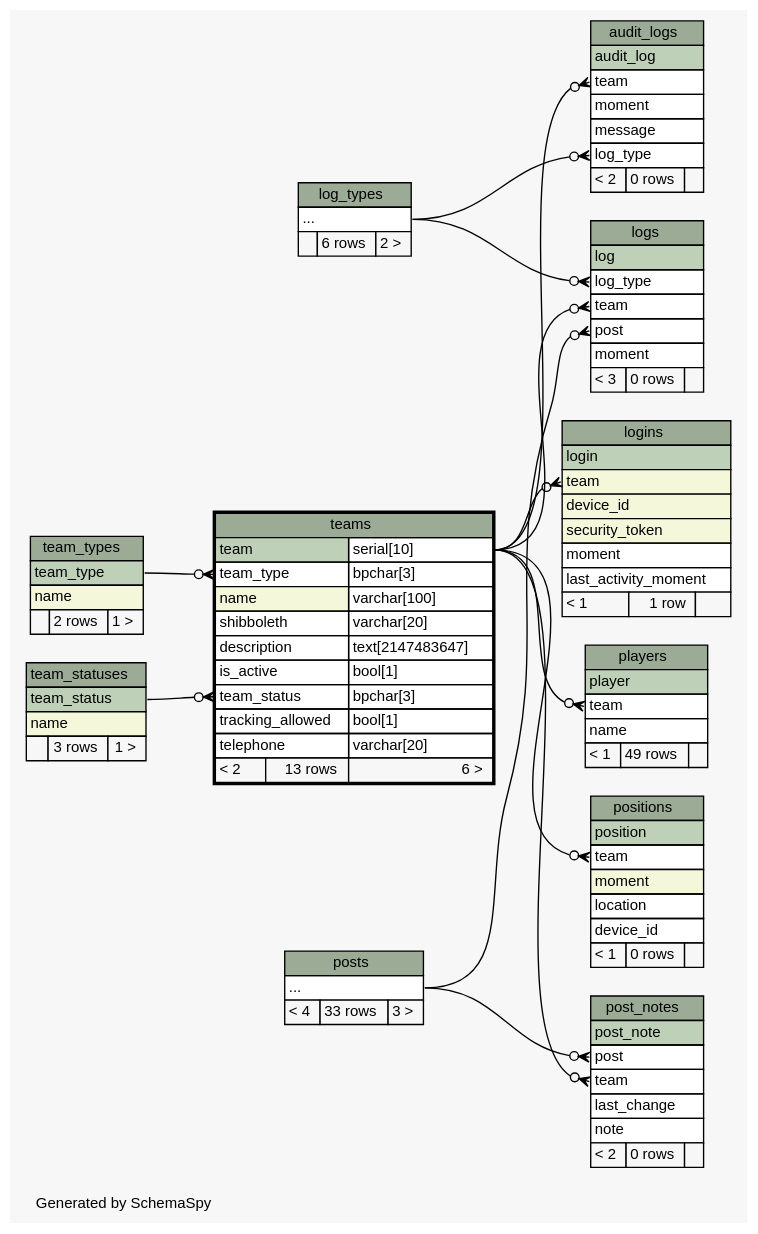
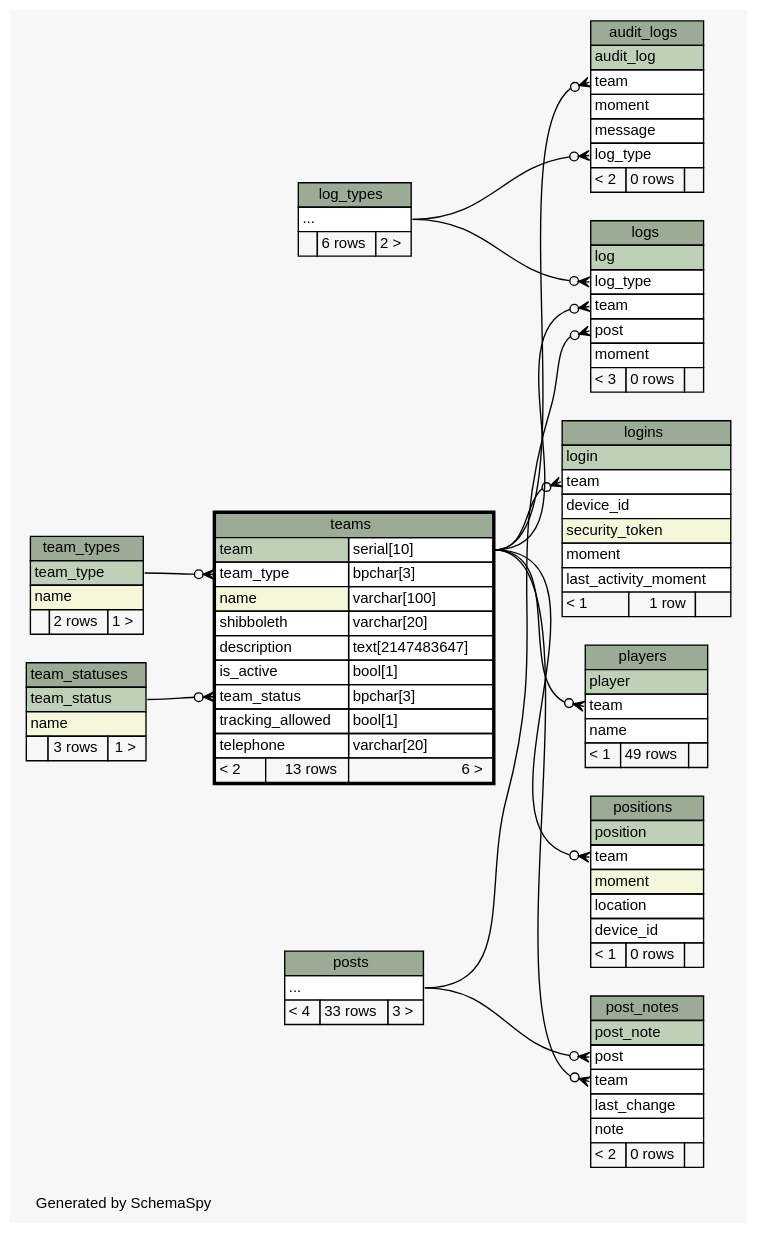
One commit to xmarwin/brazda changed the diagram in Brazda/doc/db/diagrams/teams.2degrees.dot. Above: the diagram before and after it, drawn with Graphviz. The commit also changed 72 other files, not shown here.

```diff
--- a/Brazda/doc/db/diagrams/teams.2degrees.dot
+++ b/Brazda/doc/db/diagrams/teams.2degrees.dot
@@ -1,177 +1,177 @@
-// dot 2.40.1 on Linux 4.11.5-gentoo
+// dot 2.40.1 on Linux 4.12.8-gentoo
 // SchemaSpy rev 590
 digraph "twoDegreesRelationshipsDiagram" {
   graph [
     rankdir="RL"
     bgcolor="#f7f7f7"
     label="\nGenerated by SchemaSpy"
     labeljust="l"
     nodesep="0.18"
     ranksep="0.46"
     fontname="Helvetica"
     fontsize="11"
   ];
   node [
     fontname="Helvetica"
     fontsize="11"
     shape="plaintext"
   ];
   edge [
     arrowsize="0.8"
   ];
   "audit_logs":"log_type":w -> "log_types":"elipses":e [arrowhead=none dir=back arrowtail=crowodot];
   "audit_logs":"team":w -> "teams":"team.type":e [arrowhead=none dir=back arrowtail=crowodot];
   "logins":"team":w -> "teams":"team.type":e [arrowhead=none dir=back arrowtail=crowodot];
   "logs":"log_type":w -> "log_types":"elipses":e [arrowhead=none dir=back arrowtail=crowodot];
   "logs":"post":w -> "posts":"elipses":e [arrowhead=none dir=back arrowtail=crowodot];
   "logs":"team":w -> "teams":"team.type":e [arrowhead=none dir=back arrowtail=crowodot];
   "players":"team":w -> "teams":"team.type":e [arrowhead=none dir=back arrowtail=crowodot];
   "positions":"team":w -> "teams":"team.type":e [arrowhead=none dir=back arrowtail=crowodot];
   "post_notes":"post":w -> "posts":"elipses":e [arrowhead=none dir=back arrowtail=crowodot];
   "post_notes":"team":w -> "teams":"team.type":e [arrowhead=none dir=back arrowtail=crowodot];
   "teams":"team_status":w -> "team_statuses":"team_status":e [arrowhead=none dir=back arrowtail=crowodot];
   "teams":"team_type":w -> "team_types":"team_type":e [arrowhead=none dir=back arrowtail=crowodot];
   "audit_logs" [
     label=<
     <TABLE BORDER="0" CELLBORDER="1" CELLSPACING="0" BGCOLOR="#ffffff">
       <TR><TD COLSPAN="3" BGCOLOR="#9bab96" ALIGN="CENTER">audit_logs</TD></TR>
       <TR><TD PORT="audit_log" COLSPAN="3" BGCOLOR="#bed1b8" ALIGN="LEFT">audit_log</TD></TR>
       <TR><TD PORT="team" COLSPAN="3" ALIGN="LEFT">team</TD></TR>
       <TR><TD PORT="moment" COLSPAN="3" ALIGN="LEFT">moment</TD></TR>
       <TR><TD PORT="message" COLSPAN="3" ALIGN="LEFT">message</TD></TR>
       <TR><TD PORT="log_type" COLSPAN="3" ALIGN="LEFT">log_type</TD></TR>
       <TR><TD ALIGN="LEFT" BGCOLOR="#f7f7f7">&lt; 2</TD><TD ALIGN="RIGHT" BGCOLOR="#f7f7f7">0 rows</TD><TD ALIGN="RIGHT" BGCOLOR="#f7f7f7">  </TD></TR>
     </TABLE>>
     URL="audit_logs.html"
     tooltip="audit_logs"
   ];
   "log_types" [
     label=<
     <TABLE BORDER="0" CELLBORDER="1" CELLSPACING="0" BGCOLOR="#ffffff">
       <TR><TD COLSPAN="3" BGCOLOR="#9bab96" ALIGN="CENTER">log_types</TD></TR>
       <TR><TD PORT="elipses" COLSPAN="3" ALIGN="LEFT">...</TD></TR>
       <TR><TD ALIGN="LEFT" BGCOLOR="#f7f7f7">  </TD><TD ALIGN="RIGHT" BGCOLOR="#f7f7f7">6 rows</TD><TD ALIGN="RIGHT" BGCOLOR="#f7f7f7">2 &gt;</TD></TR>
     </TABLE>>
     URL="log_types.html"
     tooltip="log_types"
   ];
   "logins" [
     label=<
     <TABLE BORDER="0" CELLBORDER="1" CELLSPACING="0" BGCOLOR="#ffffff">
       <TR><TD COLSPAN="3" BGCOLOR="#9bab96" ALIGN="CENTER">logins</TD></TR>
       <TR><TD PORT="login" COLSPAN="3" BGCOLOR="#bed1b8" ALIGN="LEFT">login</TD></TR>
-      <TR><TD PORT="team" COLSPAN="3" BGCOLOR="#f4f7da" ALIGN="LEFT">team</TD></TR>
-      <TR><TD PORT="device_id" COLSPAN="3" BGCOLOR="#f4f7da" ALIGN="LEFT">device_id</TD></TR>
+      <TR><TD PORT="team" COLSPAN="3" ALIGN="LEFT">team</TD></TR>
+      <TR><TD PORT="device_id" COLSPAN="3" ALIGN="LEFT">device_id</TD></TR>
       <TR><TD PORT="security_token" COLSPAN="3" BGCOLOR="#f4f7da" ALIGN="LEFT">security_token</TD></TR>
       <TR><TD PORT="moment" COLSPAN="3" ALIGN="LEFT">moment</TD></TR>
       <TR><TD PORT="last_activity_moment" COLSPAN="3" ALIGN="LEFT">last_activity_moment</TD></TR>
       <TR><TD ALIGN="LEFT" BGCOLOR="#f7f7f7">&lt; 1</TD><TD ALIGN="RIGHT" BGCOLOR="#f7f7f7">1 row</TD><TD ALIGN="RIGHT" BGCOLOR="#f7f7f7">  </TD></TR>
     </TABLE>>
     URL="logins.html"
     tooltip="logins"
   ];
   "logs" [
     label=<
     <TABLE BORDER="0" CELLBORDER="1" CELLSPACING="0" BGCOLOR="#ffffff">
       <TR><TD COLSPAN="3" BGCOLOR="#9bab96" ALIGN="CENTER">logs</TD></TR>
       <TR><TD PORT="log" COLSPAN="3" BGCOLOR="#bed1b8" ALIGN="LEFT">log</TD></TR>
       <TR><TD PORT="log_type" COLSPAN="3" ALIGN="LEFT">log_type</TD></TR>
       <TR><TD PORT="team" COLSPAN="3" ALIGN="LEFT">team</TD></TR>
       <TR><TD PORT="post" COLSPAN="3" ALIGN="LEFT">post</TD></TR>
       <TR><TD PORT="moment" COLSPAN="3" ALIGN="LEFT">moment</TD></TR>
       <TR><TD ALIGN="LEFT" BGCOLOR="#f7f7f7">&lt; 3</TD><TD ALIGN="RIGHT" BGCOLOR="#f7f7f7">0 rows</TD><TD ALIGN="RIGHT" BGCOLOR="#f7f7f7">  </TD></TR>
     </TABLE>>
     URL="logs.html"
     tooltip="logs"
   ];
   "players" [
     label=<
     <TABLE BORDER="0" CELLBORDER="1" CELLSPACING="0" BGCOLOR="#ffffff">
       <TR><TD COLSPAN="3" BGCOLOR="#9bab96" ALIGN="CENTER">players</TD></TR>
       <TR><TD PORT="player" COLSPAN="3" BGCOLOR="#bed1b8" ALIGN="LEFT">player</TD></TR>
       <TR><TD PORT="team" COLSPAN="3" ALIGN="LEFT">team</TD></TR>
       <TR><TD PORT="name" COLSPAN="3" ALIGN="LEFT">name</TD></TR>
       <TR><TD ALIGN="LEFT" BGCOLOR="#f7f7f7">&lt; 1</TD><TD ALIGN="RIGHT" BGCOLOR="#f7f7f7">49 rows</TD><TD ALIGN="RIGHT" BGCOLOR="#f7f7f7">  </TD></TR>
     </TABLE>>
     URL="players.html"
     tooltip="players"
   ];
   "positions" [
     label=<
     <TABLE BORDER="0" CELLBORDER="1" CELLSPACING="0" BGCOLOR="#ffffff">
       <TR><TD COLSPAN="3" BGCOLOR="#9bab96" ALIGN="CENTER">positions</TD></TR>
       <TR><TD PORT="position" COLSPAN="3" BGCOLOR="#bed1b8" ALIGN="LEFT">position</TD></TR>
       <TR><TD PORT="team" COLSPAN="3" ALIGN="LEFT">team</TD></TR>
       <TR><TD PORT="moment" COLSPAN="3" BGCOLOR="#f4f7da" ALIGN="LEFT">moment</TD></TR>
       <TR><TD PORT="location" COLSPAN="3" ALIGN="LEFT">location</TD></TR>
       <TR><TD PORT="device_id" COLSPAN="3" ALIGN="LEFT">device_id</TD></TR>
       <TR><TD ALIGN="LEFT" BGCOLOR="#f7f7f7">&lt; 1</TD><TD ALIGN="RIGHT" BGCOLOR="#f7f7f7">0 rows</TD><TD ALIGN="RIGHT" BGCOLOR="#f7f7f7">  </TD></TR>
     </TABLE>>
     URL="positions.html"
     tooltip="positions"
   ];
   "post_notes" [
     label=<
     <TABLE BORDER="0" CELLBORDER="1" CELLSPACING="0" BGCOLOR="#ffffff">
       <TR><TD COLSPAN="3" BGCOLOR="#9bab96" ALIGN="CENTER">post_notes</TD></TR>
       <TR><TD PORT="post_note" COLSPAN="3" BGCOLOR="#bed1b8" ALIGN="LEFT">post_note</TD></TR>
       <TR><TD PORT="post" COLSPAN="3" ALIGN="LEFT">post</TD></TR>
       <TR><TD PORT="team" COLSPAN="3" ALIGN="LEFT">team</TD></TR>
       <TR><TD PORT="last_change" COLSPAN="3" ALIGN="LEFT">last_change</TD></TR>
       <TR><TD PORT="note" COLSPAN="3" ALIGN="LEFT">note</TD></TR>
       <TR><TD ALIGN="LEFT" BGCOLOR="#f7f7f7">&lt; 2</TD><TD ALIGN="RIGHT" BGCOLOR="#f7f7f7">0 rows</TD><TD ALIGN="RIGHT" BGCOLOR="#f7f7f7">  </TD></TR>
     </TABLE>>
     URL="post_notes.html"
     tooltip="post_notes"
   ];
   "posts" [
     label=<
     <TABLE BORDER="0" CELLBORDER="1" CELLSPACING="0" BGCOLOR="#ffffff">
       <TR><TD COLSPAN="3" BGCOLOR="#9bab96" ALIGN="CENTER">posts</TD></TR>
       <TR><TD PORT="elipses" COLSPAN="3" ALIGN="LEFT">...</TD></TR>
       <TR><TD ALIGN="LEFT" BGCOLOR="#f7f7f7">&lt; 4</TD><TD ALIGN="RIGHT" BGCOLOR="#f7f7f7">33 rows</TD><TD ALIGN="RIGHT" BGCOLOR="#f7f7f7">3 &gt;</TD></TR>
     </TABLE>>
     URL="posts.html"
     tooltip="posts"
   ];
   "team_statuses" [
     label=<
     <TABLE BORDER="0" CELLBORDER="1" CELLSPACING="0" BGCOLOR="#ffffff">
       <TR><TD COLSPAN="3" BGCOLOR="#9bab96" ALIGN="CENTER">team_statuses</TD></TR>
       <TR><TD PORT="team_status" COLSPAN="3" BGCOLOR="#bed1b8" ALIGN="LEFT">team_status</TD></TR>
       <TR><TD PORT="name" COLSPAN="3" BGCOLOR="#f4f7da" ALIGN="LEFT">name</TD></TR>
       <TR><TD ALIGN="LEFT" BGCOLOR="#f7f7f7">  </TD><TD ALIGN="RIGHT" BGCOLOR="#f7f7f7">3 rows</TD><TD ALIGN="RIGHT" BGCOLOR="#f7f7f7">1 &gt;</TD></TR>
     </TABLE>>
     URL="team_statuses.html"
     tooltip="team_statuses"
   ];
   "team_types" [
     label=<
     <TABLE BORDER="0" CELLBORDER="1" CELLSPACING="0" BGCOLOR="#ffffff">
       <TR><TD COLSPAN="3" BGCOLOR="#9bab96" ALIGN="CENTER">team_types</TD></TR>
       <TR><TD PORT="team_type" COLSPAN="3" BGCOLOR="#bed1b8" ALIGN="LEFT">team_type</TD></TR>
       <TR><TD PORT="name" COLSPAN="3" BGCOLOR="#f4f7da" ALIGN="LEFT">name</TD></TR>
       <TR><TD ALIGN="LEFT" BGCOLOR="#f7f7f7">  </TD><TD ALIGN="RIGHT" BGCOLOR="#f7f7f7">2 rows</TD><TD ALIGN="RIGHT" BGCOLOR="#f7f7f7">1 &gt;</TD></TR>
     </TABLE>>
     URL="team_types.html"
     tooltip="team_types"
   ];
   "teams" [
     label=<
     <TABLE BORDER="2" CELLBORDER="1" CELLSPACING="0" BGCOLOR="#ffffff">
       <TR><TD COLSPAN="3" BGCOLOR="#9bab96" ALIGN="CENTER">teams</TD></TR>
       <TR><TD PORT="team" COLSPAN="2" BGCOLOR="#bed1b8" ALIGN="LEFT">team</TD><TD PORT="team.type" ALIGN="LEFT">serial[10]</TD></TR>
       <TR><TD PORT="team_type" COLSPAN="2" ALIGN="LEFT">team_type</TD><TD PORT="team_type.type" ALIGN="LEFT">bpchar[3]</TD></TR>
       <TR><TD PORT="name" COLSPAN="2" BGCOLOR="#f4f7da" ALIGN="LEFT">name</TD><TD PORT="name.type" ALIGN="LEFT">varchar[100]</TD></TR>
       <TR><TD PORT="shibboleth" COLSPAN="2" ALIGN="LEFT">shibboleth</TD><TD PORT="shibboleth.type" ALIGN="LEFT">varchar[20]</TD></TR>
       <TR><TD PORT="description" COLSPAN="2" ALIGN="LEFT">description</TD><TD PORT="description.type" ALIGN="LEFT">text[2147483647]</TD></TR>
       <TR><TD PORT="is_active" COLSPAN="2" ALIGN="LEFT">is_active</TD><TD PORT="is_active.type" ALIGN="LEFT">bool[1]</TD></TR>
       <TR><TD PORT="team_status" COLSPAN="2" ALIGN="LEFT">team_status</TD><TD PORT="team_status.type" ALIGN="LEFT">bpchar[3]</TD></TR>
       <TR><TD PORT="tracking_allowed" COLSPAN="2" ALIGN="LEFT">tracking_allowed</TD><TD PORT="tracking_allowed.type" ALIGN="LEFT">bool[1]</TD></TR>
       <TR><TD PORT="telephone" COLSPAN="2" ALIGN="LEFT">telephone</TD><TD PORT="telephone.type" ALIGN="LEFT">varchar[20]</TD></TR>
       <TR><TD ALIGN="LEFT" BGCOLOR="#f7f7f7">&lt; 2</TD><TD ALIGN="RIGHT" BGCOLOR="#f7f7f7">13 rows</TD><TD ALIGN="RIGHT" BGCOLOR="#f7f7f7">6 &gt;</TD></TR>
     </TABLE>>
     URL="teams.html"
     tooltip="teams"
   ];
 }
```
